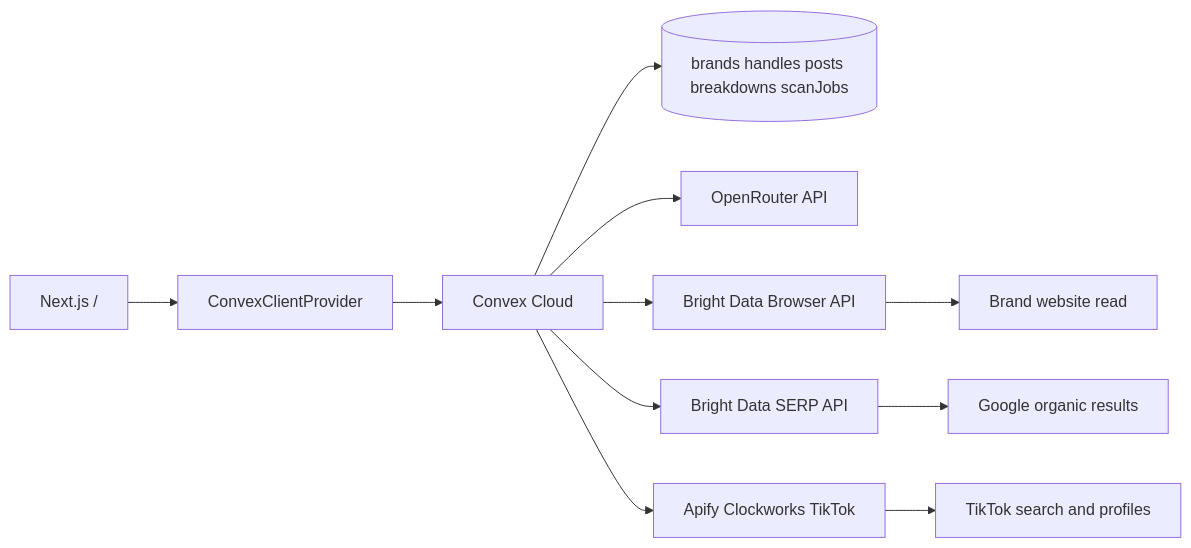
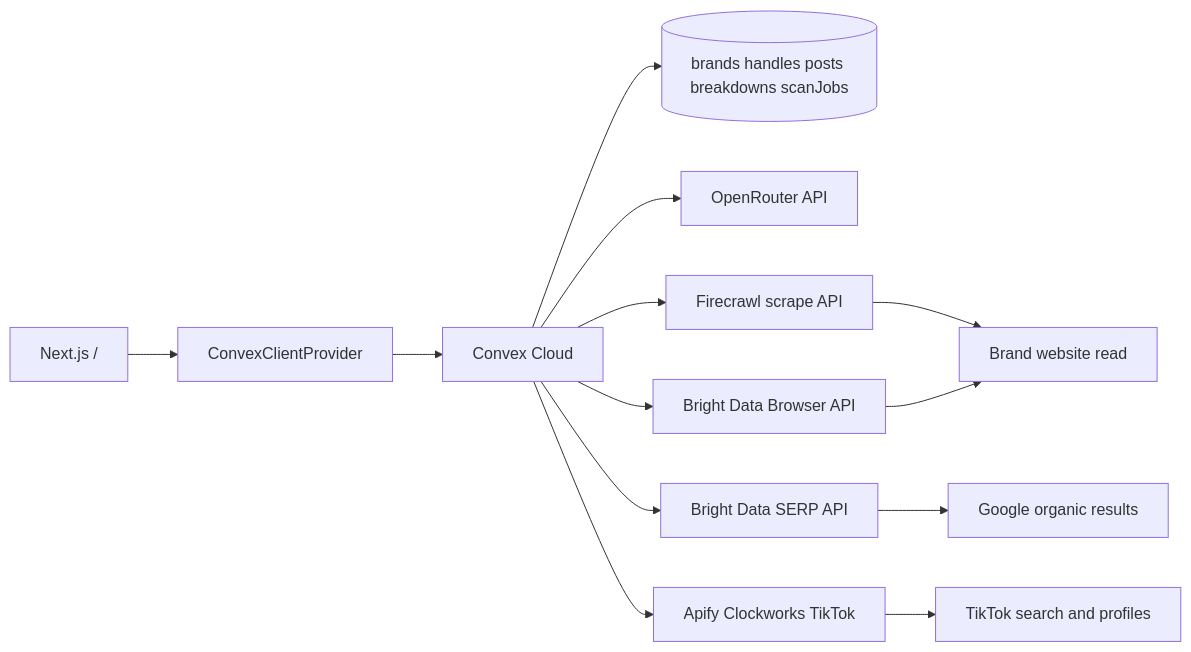
The diagram in docs/LIVE.md (sid-kiwilab/viralradar), drawn with Mermaid before and after one commit. The commit also changed other lines of this file and 10 other files, not shown here.

````diff
--- a/docs/LIVE.md
+++ b/docs/LIVE.md
@@ -35,13 +35,15 @@
 ```mermaid
 flowchart LR
   Home["Next.js /"] --> ConvexClient[ConvexClientProvider]
   ConvexClient --> ConvexCloud[Convex Cloud]
   ConvexCloud --> Schema[(brands handles posts breakdowns scanJobs)]
   ConvexCloud --> OpenRouter[OpenRouter API]
+  ConvexCloud --> Firecrawl[Firecrawl scrape API]
   ConvexCloud --> BrowserAPI[Bright Data Browser API]
   ConvexCloud --> SerpAPI[Bright Data SERP API]
   ConvexCloud --> Apify[Apify Clockworks TikTok]
-  BrowserAPI --> BrandSite[Brand website read]
+  Firecrawl --> BrandSite[Brand website read]
+  BrowserAPI --> BrandSite
   SerpAPI --> GoogleSearch[Google organic results]
   Apify --> TikTok[TikTok search and profiles]
 ```
````
